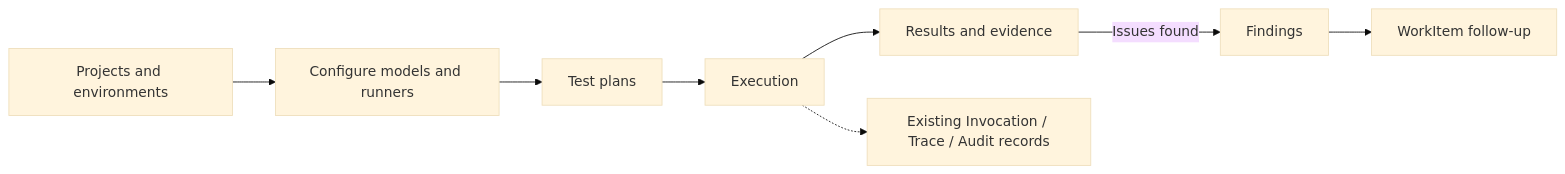
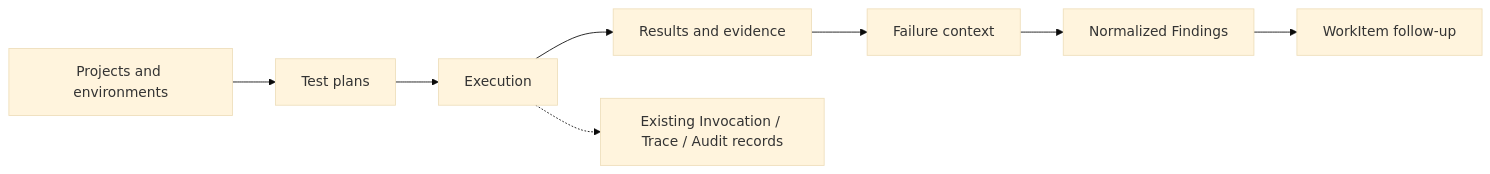
Before and after one commit to TRUTHWARD/TRUTHWARD: the first of 2 diagrams in README.md, drawn with Mermaid (base theme). The commit also changed other lines of this file and 8 other files, not shown here.

````diff
--- a/README.md
+++ b/README.md
@@ -25,7 +30,7 @@
 ```mermaid
 flowchart LR
-    P[Projects and environments] --> C[Configure models and runners]
-    C --> T[Test plans] --> E[Execution] --> R[Results and evidence]
-    R -->|Issues found| F[Findings] --> W[WorkItem follow-up]
+    P[Projects and environments] --> T[Test plans]
+    T --> E[Execution] --> R[Results and evidence]
+    R --> C[Failure context] --> F[Normalized Findings] --> W[WorkItem follow-up]
     E -.-> O[Existing Invocation / Trace / Audit records]
 ```
````
